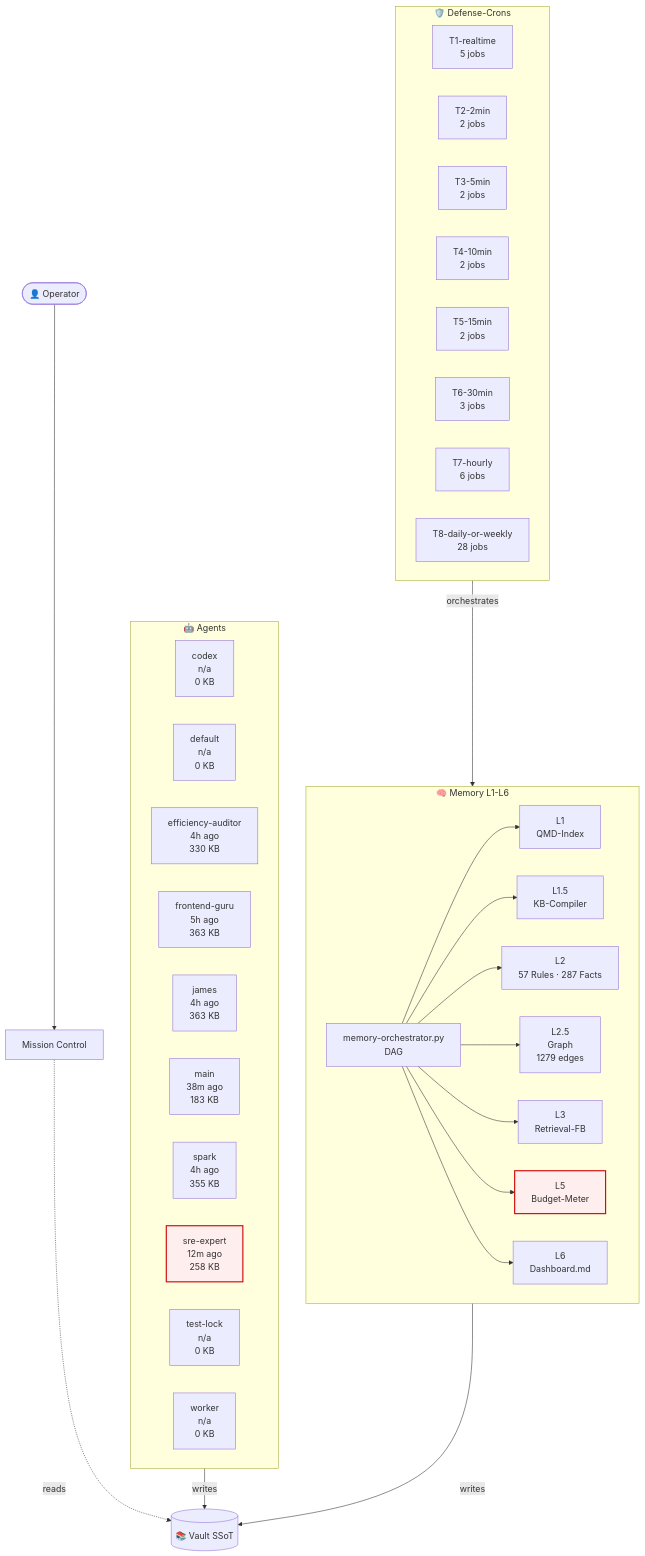
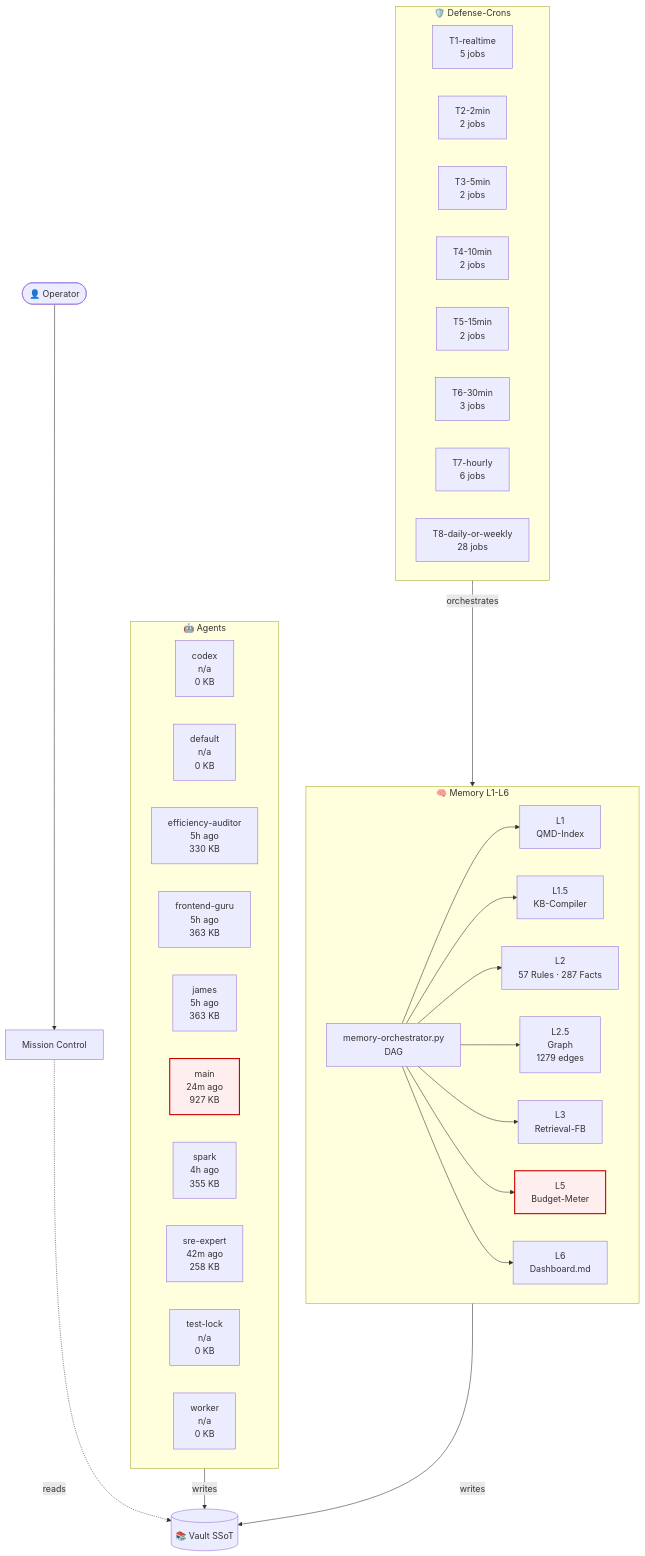
One commit to lenardhuebner88-rgb/openclaw-memory changed the diagram in 03-Agents/architecture-live.md. Above: the diagram before and after it, drawn with Mermaid. The commit also changed other lines of this file and 1 other file, not shown here.

````diff
--- a/03-Agents/architecture-live.md
+++ b/03-Agents/architecture-live.md
@@ -18,53 +18,53 @@
 ```mermaid
 flowchart TB
     classDef critical fill:#fee,stroke:#c00,stroke-width:2px;
     subgraph AGT["🤖 Agents"]
         agent_codex["codex<br/>n/a<br/>0 KB"]
         agent_default["default<br/>n/a<br/>0 KB"]
-        agent_efficiency_auditor["efficiency-auditor<br/>4h ago<br/>330 KB"]
+        agent_efficiency_auditor["efficiency-auditor<br/>5h ago<br/>330 KB"]
         agent_frontend_guru["frontend-guru<br/>5h ago<br/>363 KB"]
-        agent_james["james<br/>4h ago<br/>363 KB"]
-        agent_main["main<br/>38m ago<br/>183 KB"]
+        agent_james["james<br/>5h ago<br/>363 KB"]
+        agent_main["main<br/>24m ago<br/>927 KB"]
         agent_spark["spark<br/>4h ago<br/>355 KB"]
-        agent_sre_expert["sre-expert<br/>12m ago<br/>258 KB"]
+        agent_sre_expert["sre-expert<br/>42m ago<br/>258 KB"]
         agent_test_lock["test-lock<br/>n/a<br/>0 KB"]
         agent_worker["worker<br/>n/a<br/>0 KB"]
     end
     subgraph MEM["🧠 Memory L1-L6"]
         L1["L1<br/>QMD-Index"]
         L15["L1.5<br/>KB-Compiler"]
         L2["L2<br/>57 Rules · 287 Facts"]
         L25["L2.5<br/>Graph<br/>1279 edges"]
         L3["L3<br/>Retrieval-FB"]
         L5["L5<br/>Budget-Meter"]
         L6["L6<br/>Dashboard.md"]
         ORCH["memory-orchestrator.py<br/>DAG"]
     end
     subgraph CRN["🛡️ Defense-Crons"]
         tier_T1_realtime["T1-realtime<br/>5 jobs"]
         tier_T2_2min["T2-2min<br/>2 jobs"]
         tier_T3_5min["T3-5min<br/>2 jobs"]
         tier_T4_10min["T4-10min<br/>2 jobs"]
         tier_T5_15min["T5-15min<br/>2 jobs"]
         tier_T6_30min["T6-30min<br/>3 jobs"]
         tier_T7_hourly["T7-hourly<br/>6 jobs"]
         tier_T8_daily_or_weekly["T8-daily-or-weekly<br/>28 jobs"]
     end
     VAULT[("📚 Vault SSoT")]
     OP([👤 Operator])
     MC["Mission Control"]
     OP --> MC
     MC -.reads.-> VAULT
     AGT -->|writes| VAULT
     MEM -->|writes| VAULT
     ORCH --> L1
     ORCH --> L15
     ORCH --> L2
     ORCH --> L25
     ORCH --> L3
     ORCH --> L5
     ORCH --> L6
     CRN -->|orchestrates| MEM
     class L5 critical
-    class agent_sre_expert critical
+    class agent_main critical
 ```
````
